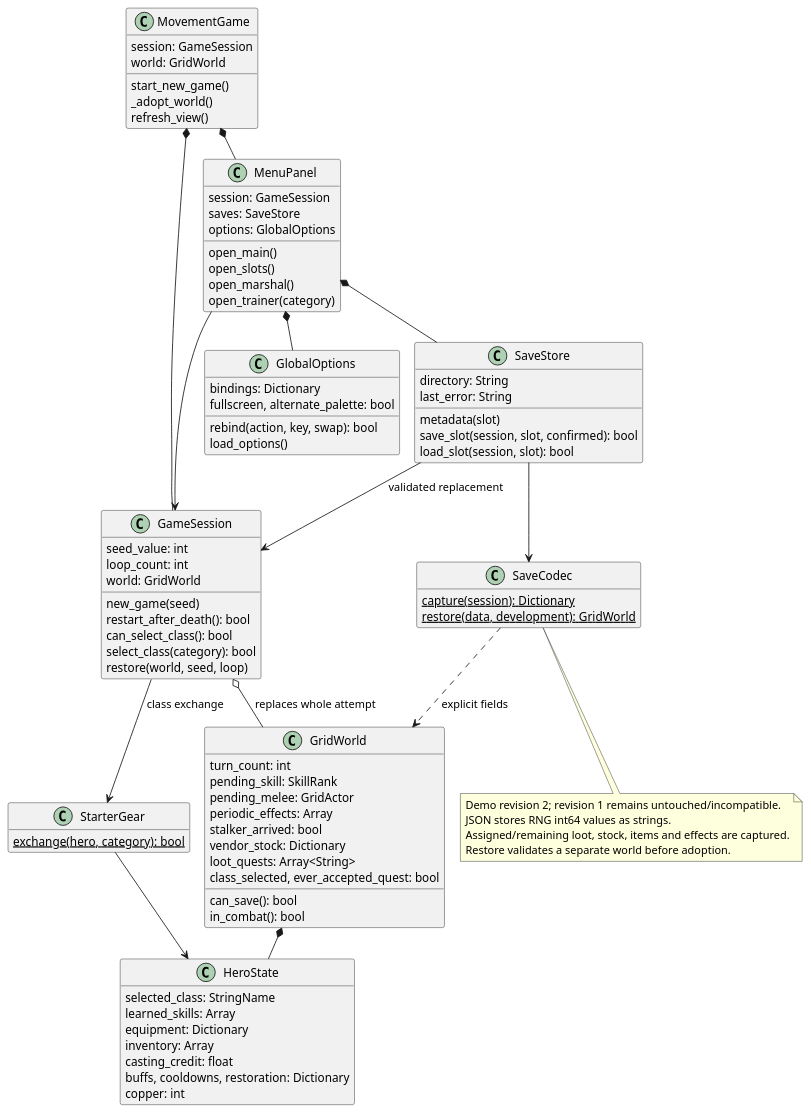
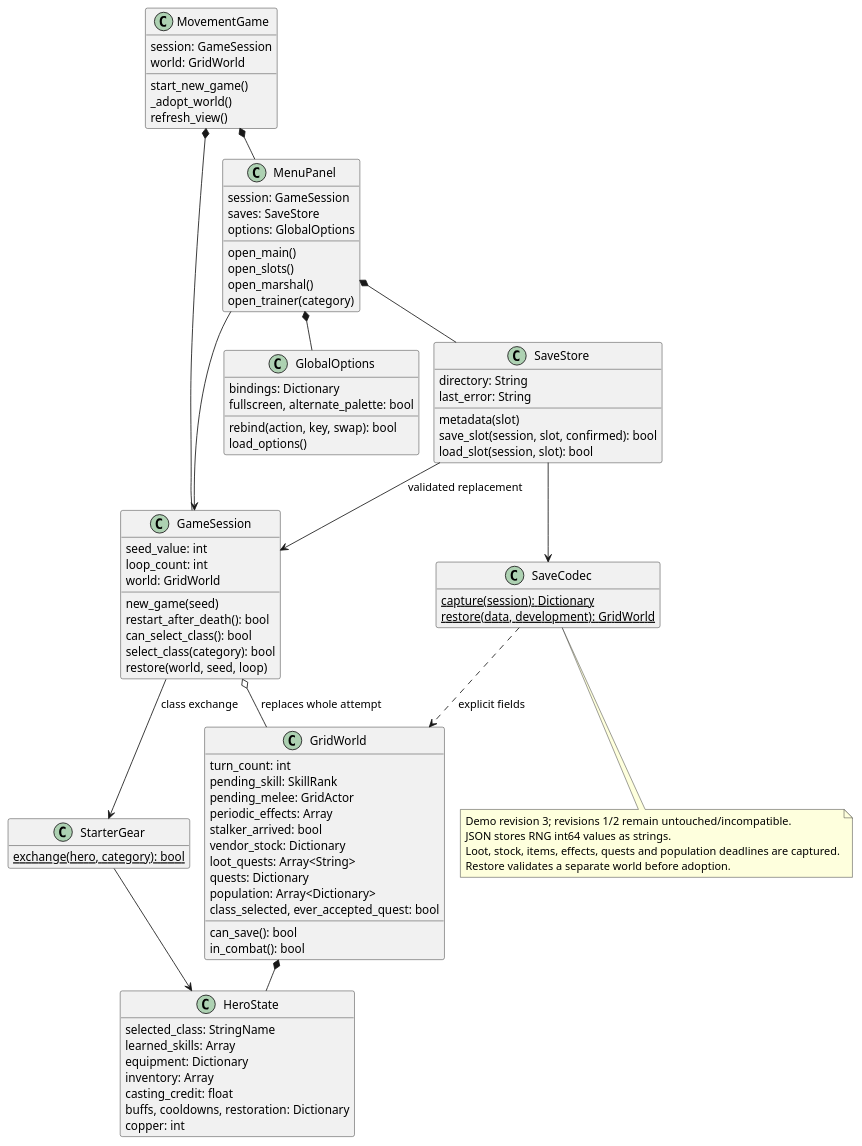
Before and after one commit to VHonzik/Ostinato: the diagram in docs/architecture/classes/loop_save.puml, drawn with PlantUML. The commit also changed 37 other files, not shown here.

```diff
--- a/docs/architecture/classes/loop_save.puml
+++ b/docs/architecture/classes/loop_save.puml
@@ -1,91 +1,93 @@
 @startuml
 !pragma layout smetana
 skinparam shadowing false
 skinparam classAttributeIconSize 0
 hide empty members
 class MovementGame {
   session: GameSession
   world: GridWorld
   start_new_game()
   _adopt_world()
   refresh_view()
 }
 class GameSession {
   seed_value: int
   loop_count: int
   world: GridWorld
   new_game(seed)
   restart_after_death(): bool
   can_select_class(): bool
   select_class(category): bool
   restore(world, seed, loop)
 }
 class GridWorld {
   turn_count: int
   pending_skill: SkillRank
   pending_melee: GridActor
   periodic_effects: Array
   stalker_arrived: bool
   vendor_stock: Dictionary
   loot_quests: Array<String>
+  quests: Dictionary
+  population: Array<Dictionary>
   class_selected, ever_accepted_quest: bool
   can_save(): bool
   in_combat(): bool
 }
 class HeroState {
   selected_class: StringName
   learned_skills: Array
   equipment: Dictionary
   inventory: Array
   casting_credit: float
   buffs, cooldowns, restoration: Dictionary
   copper: int
 }
 class StarterGear {
   {static} exchange(hero, category): bool
 }
 class SaveStore {
   directory: String
   last_error: String
   metadata(slot)
   save_slot(session, slot, confirmed): bool
   load_slot(session, slot): bool
 }
 class SaveCodec {
   {static} capture(session): Dictionary
   {static} restore(data, development): GridWorld
 }
 class MenuPanel {
   session: GameSession
   saves: SaveStore
   options: GlobalOptions
   open_main()
   open_slots()
   open_marshal()
   open_trainer(category)
 }
 class GlobalOptions {
   bindings: Dictionary
   fullscreen, alternate_palette: bool
   rebind(action, key, swap): bool
   load_options()
 }
 MovementGame *-- MenuPanel
 MovementGame *-- GameSession
 GameSession o-- GridWorld : replaces whole attempt
 GridWorld *-- HeroState
 GameSession --> StarterGear : class exchange
 StarterGear --> HeroState
 MenuPanel *-- SaveStore
 MenuPanel *-- GlobalOptions
 MenuPanel --> GameSession
 SaveStore --> SaveCodec
 SaveStore --> GameSession : validated replacement
 SaveCodec ..> GridWorld : explicit fields
 note bottom of SaveCodec
-Demo revision 2; revision 1 remains untouched/incompatible.
+Demo revision 3; revisions 1/2 remain untouched/incompatible.
 JSON stores RNG int64 values as strings.
-Assigned/remaining loot, stock, items and effects are captured.
+Loot, stock, items, effects, quests and population deadlines are captured.
 Restore validates a separate world before adoption.
 end note
 @enduml
```
